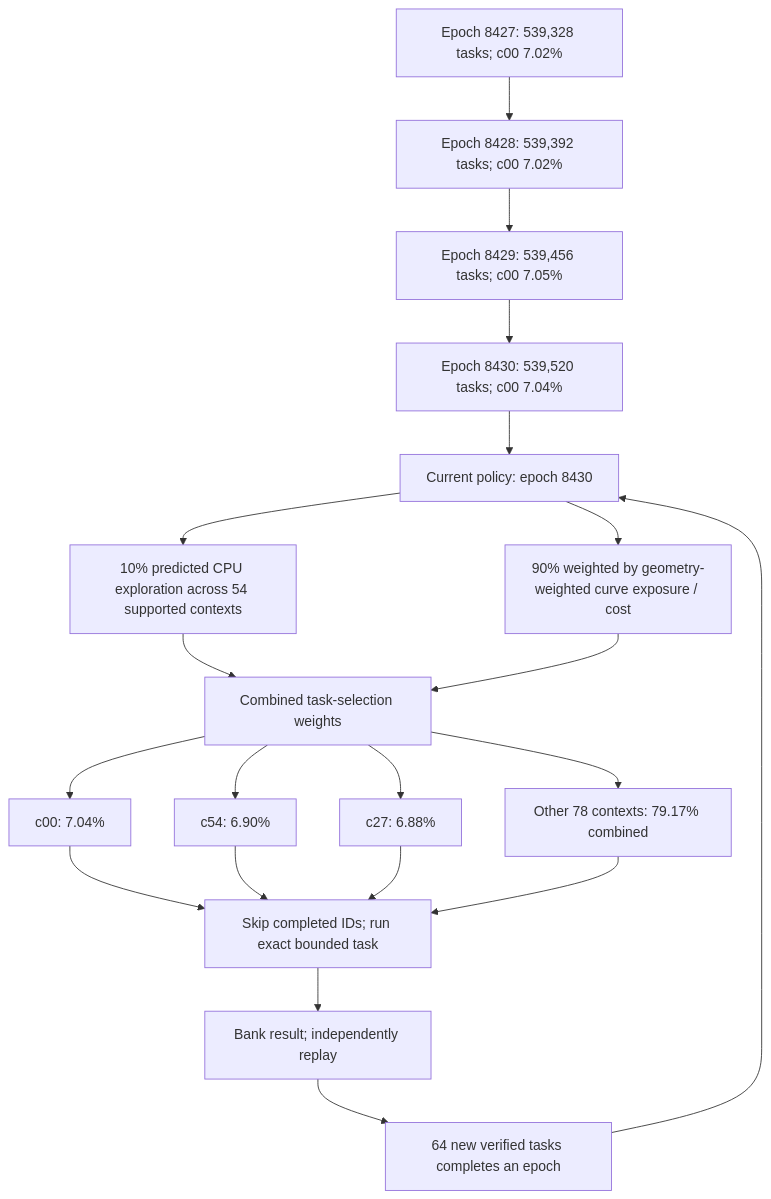
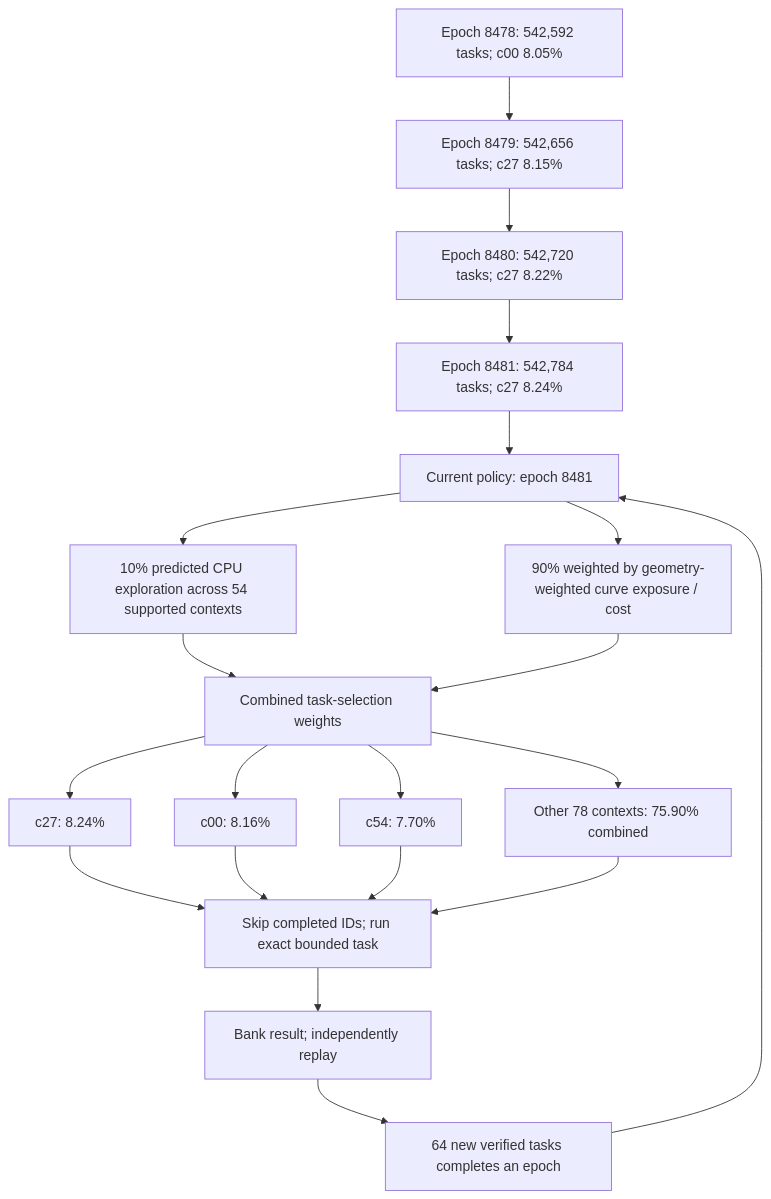
The first of 4 diagrams in README.md (Kuberwastaken/math-gambling), drawn with Mermaid before and after one commit. The commit also changed other lines of this file and 7188 other files, not shown here.

````diff
--- a/README.md
+++ b/README.md
@@ -60,27 +60,27 @@
 ```mermaid
 flowchart TD
-    H0["Epoch 8427: 539,328 tasks; c00 7.02%"]
-    H1["Epoch 8428: 539,392 tasks; c00 7.02%"]
+    H0["Epoch 8478: 542,592 tasks; c00 8.05%"]
+    H1["Epoch 8479: 542,656 tasks; c27 8.15%"]
     H0 --> H1
-    H2["Epoch 8429: 539,456 tasks; c00 7.05%"]
+    H2["Epoch 8480: 542,720 tasks; c27 8.22%"]
     H1 --> H2
-    H3["Epoch 8430: 539,520 tasks; c00 7.04%"]
+    H3["Epoch 8481: 542,784 tasks; c27 8.24%"]
     H2 --> H3
-    Policy["Current policy: epoch 8430"]
+    Policy["Current policy: epoch 8481"]
     H3 --> Policy
     Policy --> Explore["10% predicted CPU exploration across 54 supported contexts"]
     Policy --> Cost["90% weighted by geometry-weighted curve exposure / cost"]
     Explore --> Mix["Combined task-selection weights"]
     Cost --> Mix
-    Mix --> C0["c00: 7.04%"]
-    Mix --> C1["c54: 6.90%"]
-    Mix --> C2["c27: 6.88%"]
-    Mix --> Rest["Other 78 contexts: 79.17% combined"]
+    Mix --> C0["c27: 8.24%"]
+    Mix --> C1["c00: 8.16%"]
+    Mix --> C2["c54: 7.70%"]
+    Mix --> Rest["Other 78 contexts: 75.90% combined"]
     C0 --> Check["Skip completed IDs; run exact bounded task"]
     C1 --> Check
     C2 --> Check
     Rest --> Check
     Check --> Replay["Bank result; independently replay"]
     Replay --> Gate["64 new verified tasks completes an epoch"]
     Gate --> Policy
 ```
````
